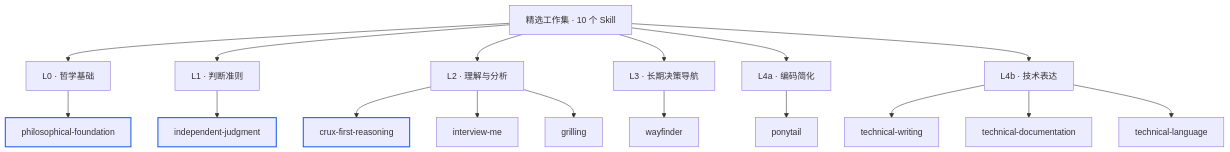
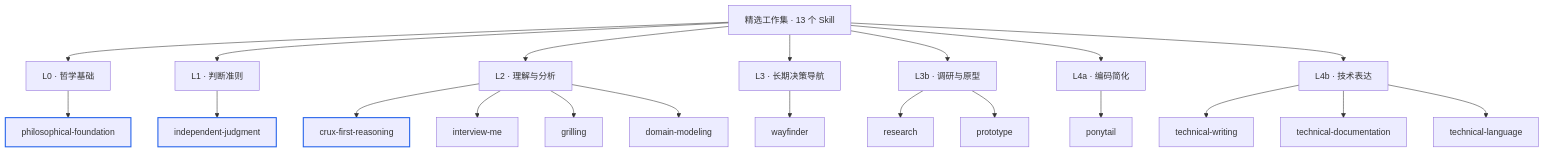
Before and after one commit to oydodo/skills: the diagram in README.md, drawn with Mermaid. The commit also changed other lines of this file and 16 other files, not shown here.

````diff
--- a/README.md
+++ b/README.md
@@ -22,25 +22,29 @@
 ```mermaid
 flowchart TB
-    ROOT["精选工作集 · 10 个 Skill"]
+    ROOT["精选工作集 · 13 个 Skill"]
 
     ROOT --> L0["L0 · 哲学基础"]
     ROOT --> L0J["L1 · 判断准则"]
     ROOT --> L1["L2 · 理解与分析"]
     ROOT --> NAV["L3 · 长期决策导航"]
+    ROOT --> INVEST["L3b · 调研与原型"]
     ROOT --> L2C["L4a · 编码简化"]
     ROOT --> L2W["L4b · 技术表达"]
 
     L0 --> PF["philosophical-foundation"]
     L0J --> IJ["independent-judgment"]
     L1 --> CR["crux-first-reasoning"]
     L1 --> IM["interview-me"]
     L1 --> GR["grilling"]
+    L1 --> DM["domain-modeling"]
     NAV --> WF["wayfinder"]
+    INVEST --> RS["research"]
+    INVEST --> PR["prototype"]
     L2C --> PT["ponytail"]
     L2W --> TW["technical-writing"]
     L2W --> TD["technical-documentation"]
     L2W --> TL["technical-language"]
 
     classDef core stroke:#2563eb,stroke-width:2px
     class PF,IJ,CR core
 ```
````
